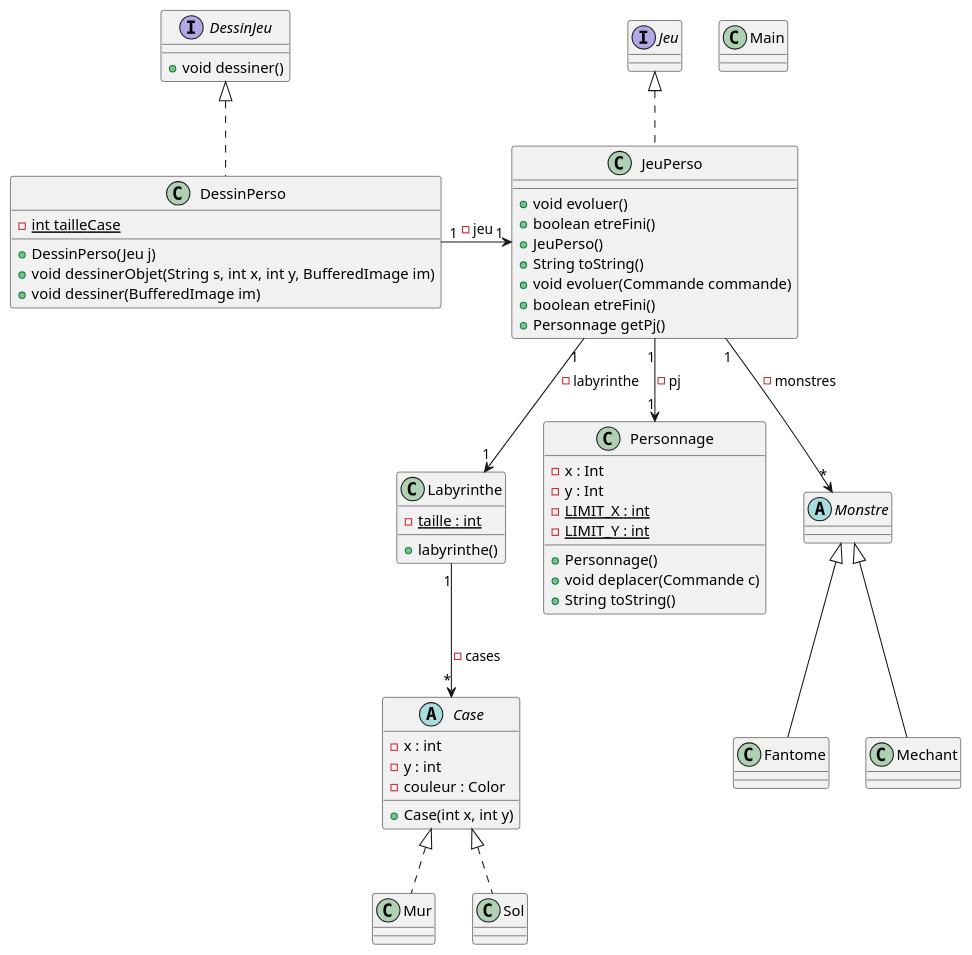
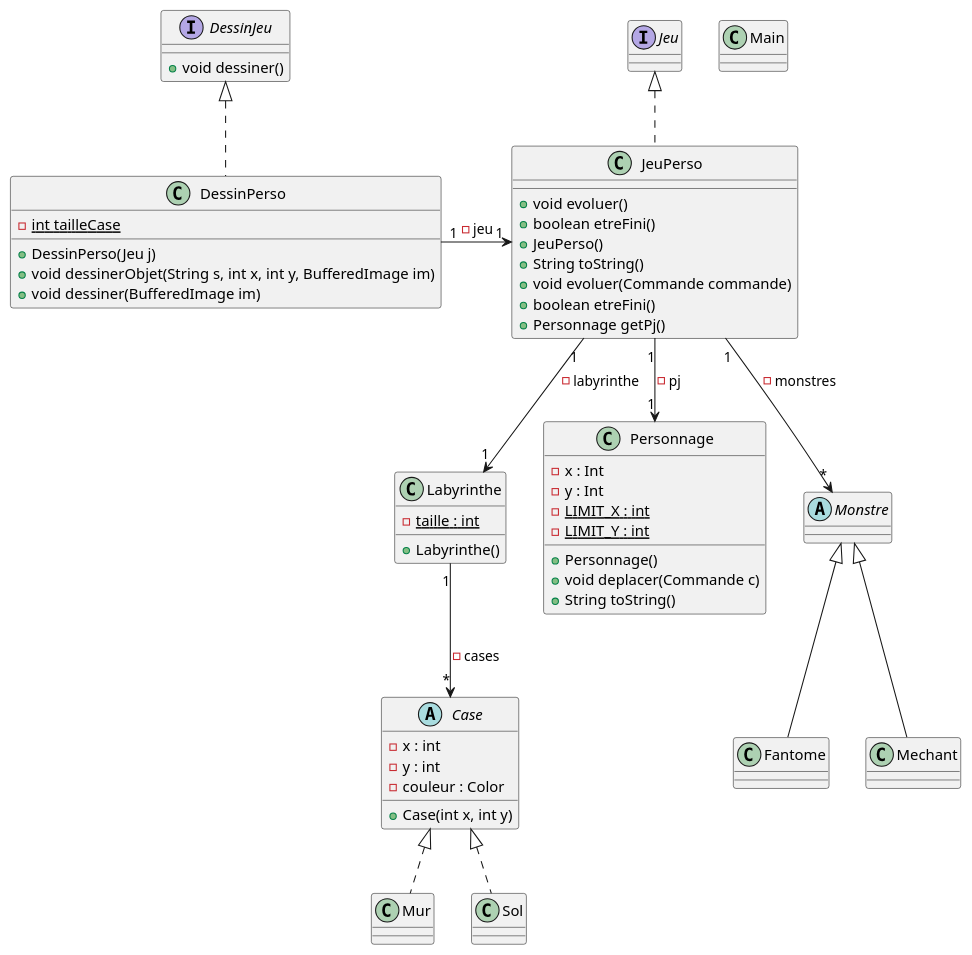
The diagram in documents/version3/diagramme.puml (MichelGrolet/2d-game), drawn with PlantUML before and after one commit.

Commit message:
diagramme

```diff
--- a/documents/version3/diagramme.puml
+++ b/documents/version3/diagramme.puml
@@ -1,66 +1,66 @@
 @startuml
 
 class Main {}
 
 class Labyrinthe {
     - {static} taille : int
-    + labyrinthe()
+    + Labyrinthe()
 }
 Labyrinthe "1" --> "*" Case : - cases
 
 abstract class Case {
     - x : int
     - y : int
     - couleur : Color
     + Case(int x, int y)
 }
 
 class Mur implements Case {}
 
 class Sol implements Case {}
 
 class Personnage {
     - x : Int
     - y : Int
     - {static} LIMIT_X : int
     - {static} LIMIT_Y : int
     + Personnage()
     + void deplacer(Commande c)
     + String toString()
 }
 
 abstract class Monstre {}
 
 class Fantome extends Monstre {}
 
 class Mechant extends Monstre {}
 
 interface JeuPerso {
     + void evoluer()
     + boolean etreFini()
 }
 
 interface DessinJeu {
     + void dessiner()
 }
 
 class JeuPerso implements Jeu {
     + JeuPerso()
     + String toString()
     + void evoluer(Commande commande)
     + boolean etreFini()
     + Personnage getPj()
 }
 JeuPerso "1" --> "1" Labyrinthe : - labyrinthe
 JeuPerso "1" --> "1" Personnage : - pj
 JeuPerso "1" --> "*" Monstre : - monstres
 
 class DessinPerso implements DessinJeu {
     - {static} int tailleCase
     + DessinPerso(Jeu j)
     + void dessinerObjet(String s, int x, int y, BufferedImage im)
     + void dessiner(BufferedImage im)
 }
 DessinPerso "1" -> "1" JeuPerso : - jeu
 
 @enduml
```
